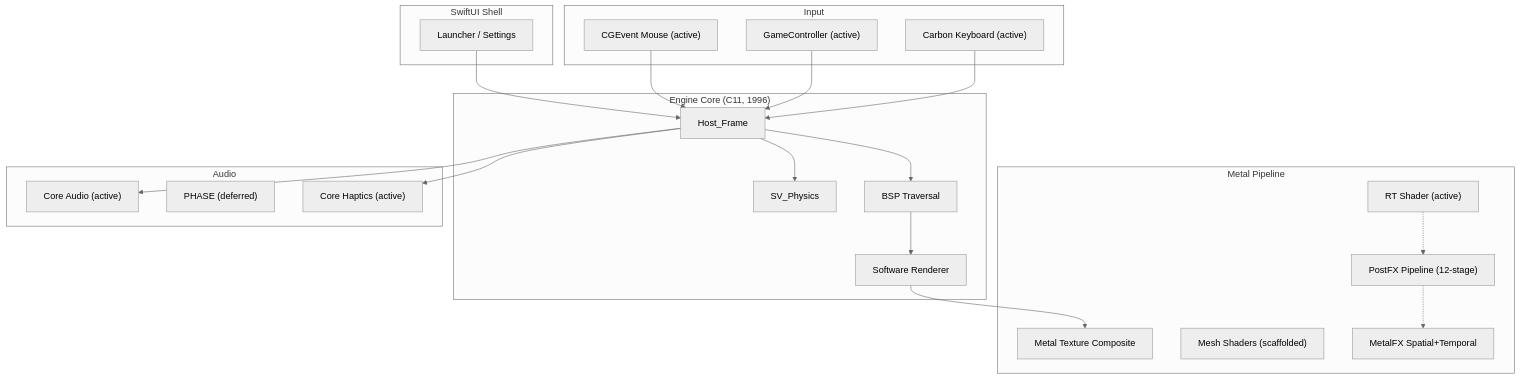
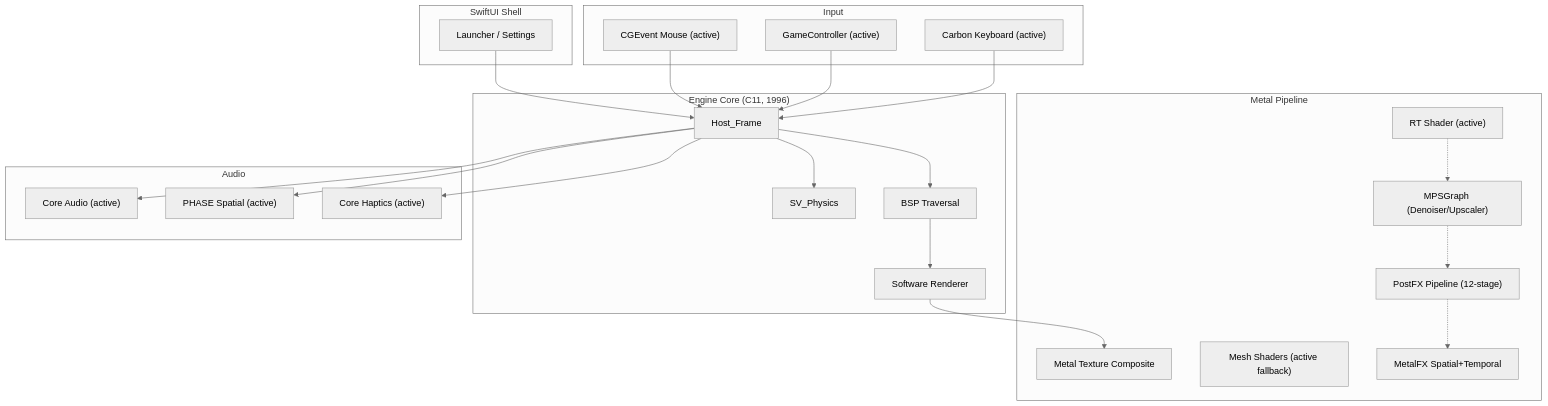
One commit to mstits/Metal-Quake changed the diagram in README.md. Above: the diagram before and after it, drawn with Mermaid (neutral theme). The commit also changed other lines of this file and 9 other files, not shown here.

First line of the commit message:
feat(apple-silicon): Modernize Metal architecture, CoreML, and Input

````diff
--- a/README.md
+++ b/README.md
@@ -72,40 +74,41 @@
 ```mermaid
 graph TB
     subgraph "SwiftUI Shell"
         Launcher["Launcher / Settings"]
     end
 
     subgraph "Engine Core (C11, 1996)"
         GameLoop["Host_Frame"]
         Physics["SV_Physics"]
         BSP["BSP Traversal"]
         SoftRender["Software Renderer"]
     end
 
     subgraph "Metal Pipeline"
         Composite["Metal Texture Composite"]
         RT["RT Shader (active)"]
         PostFX["PostFX Pipeline (12-stage)"]
-        MeshShader["Mesh Shaders (scaffolded)"]
+        MeshShader["Mesh Shaders (active fallback)"]
         MetalFX["MetalFX Spatial+Temporal"]
+        MPS["MPSGraph (Denoiser/Upscaler)"]
     end
 
     subgraph "Audio"
         CoreAudio["Core Audio (active)"]
-        PHASE["PHASE (deferred)"]
+        PHASE["PHASE Spatial (active)"]
         Haptics["Core Haptics (active)"]
     end
 
     subgraph "Input"
         Mouse["CGEvent Mouse (active)"]
         Controller["GameController (active)"]
         Keys["Carbon Keyboard (active)"]
     end
 
     Launcher --> GameLoop
     GameLoop --> Physics & BSP
     BSP --> SoftRender --> Composite
-    RT -.-> PostFX -.-> MetalFX
-    GameLoop --> CoreAudio & Haptics
+    RT -.-> MPS -.-> PostFX -.-> MetalFX
+    GameLoop --> CoreAudio & PHASE & Haptics
     Mouse & Controller & Keys --> GameLoop
 ```
````
